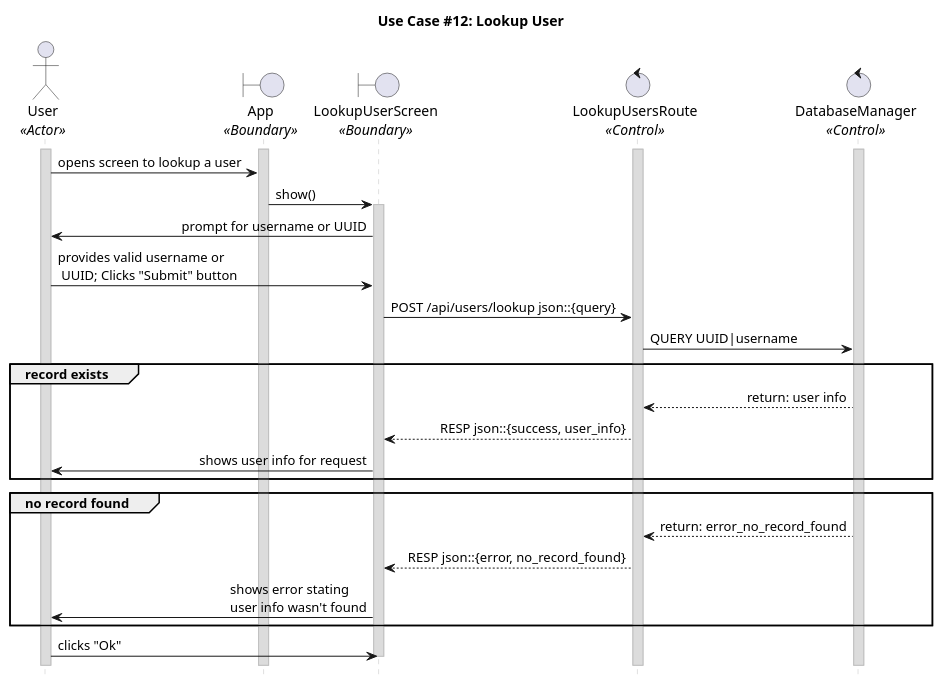
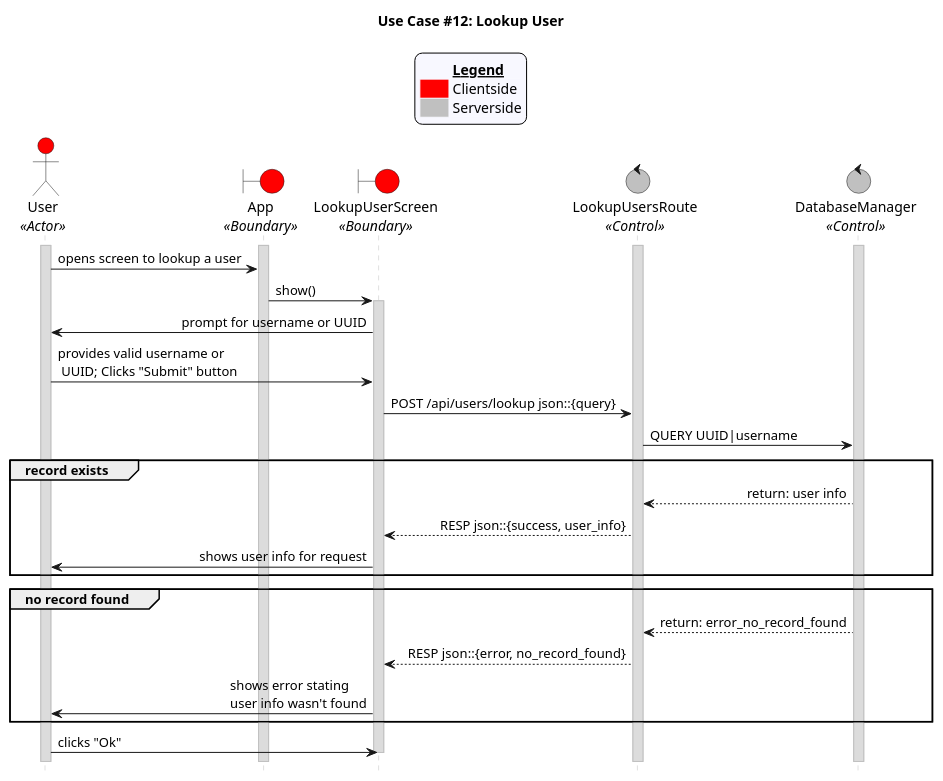
The diagram in uc_12.puml (CECS-491-SP24-Group-1/seq-diagrams), drawn with PlantUML before and after one commit. The commit also changed 8 other files, not shown here.

Commit message:
Add legends to the diagrams

```diff
--- a/uc_12.puml
+++ b/uc_12.puml
@@ -1,58 +1,70 @@
 @startuml uc12
 title "Use Case #12: Lookup User"
 
 'Styling goes here
 hide footbox
 skinparam stereotypePosition bottom
 skinparam sequenceMessageAlign direction
 skinparam sequence {
 	LifeLineBorderColor #Silver
 	LifeLineBackgroundColor #Gainsboro
 }
 
+'Add a legend plus styling
+skinparam legend {
+	backgroundColor #GhostWhite
+	entrySeparator #GhostWhite
+}
+
+legend top
+	<#GhostWhite,#GhostWhite>|	|= __Legend__ |
+	|<#red> | Clientside|
+	|<#silver> | Serverside|
+endlegend
+
 'Setup the objects involved here
-actor User as u <<Actor>>
-boundary App as a <<Boundary>>
-boundary LookupUserScreen as lus <<Boundary>>
-control LookupUsersRoute as lur <<Control>>
-control DatabaseManager as dbm <<Control>>
+actor User as u <<Actor>> #red
+boundary App as a <<Boundary>> #red
+boundary LookupUserScreen as lus <<Boundary>> #red
+control LookupUsersRoute as lur <<Control>> #silver
+control DatabaseManager as dbm <<Control>> #silver
 
 'Setup persistent objects here
 activate u
 activate a
 activate lur
 activate dbm
 
 '--- FLOW OF CONTROL STARTS HERE ---
 'User sends UUID or username to server.
 u -> a: opens screen to lookup a user
 a -> lus: show()
 activate lus
 lus -> u: prompt for username or UUID
 u -> lus: provides valid username or\n UUID; Clicks "Submit" button
 
 'Server responds with user’s public key, username, and UUID.
 lus -> lur: POST /api/users/lookup json::{query}
 lur -> dbm: QUERY UUID|username
 
 group record exists
 
 	dbm --> lur: return: user info
 	lur --> lus: RESP json::{success, user_info}
 	lus -> u: shows user info for request
 
 end
 group no record found
 
 	dbm --> lur: return: error_no_record_found
 	lur --> lus: RESP json::{error, no_record_found}
 	lus -> u: shows error stating \nuser info wasn't found
 
 end
 
 'Cleanup
 u -> lus: clicks "Ok"
 deactivate lus
 '--- FLOW OF CONTROL ENDS HERE   ---
 
 @enduml
```
